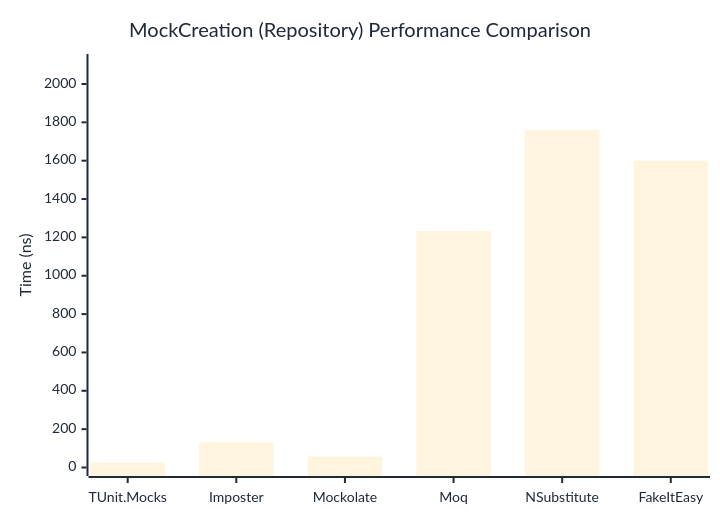
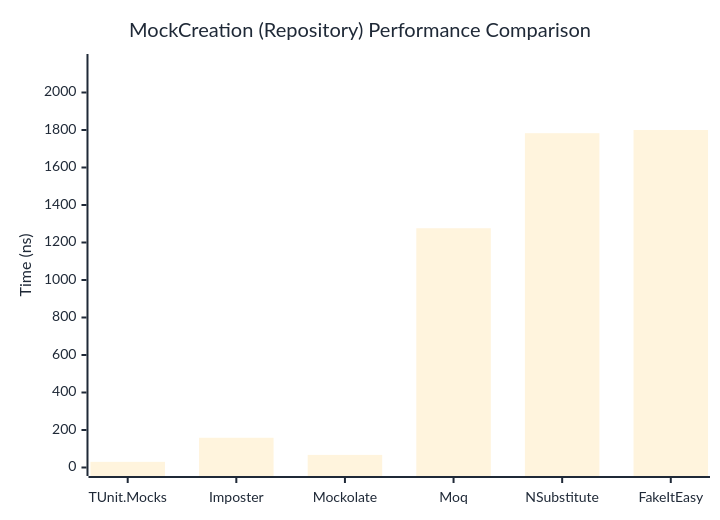
One commit to thomhurst/TUnit changed the second of 2 diagrams in docs/docs/benchmarks/mocks/MockCreation.md. Above: the diagram before and after it, drawn with Mermaid. The commit also changed other lines of this file and 14 other files, not shown here.

````diff
--- a/docs/docs/benchmarks/mocks/MockCreation.md
+++ b/docs/docs/benchmarks/mocks/MockCreation.md
@@ -71,27 +71,27 @@
 ```mermaid
 %%{init: {
   'theme':'base',
   'themeVariables': {
     'primaryColor': '#2563eb',
     'primaryTextColor': '#1f2937',
     'primaryBorderColor': '#1e40af',
     'lineColor': '#6b7280',
     'secondaryColor': '#7c3aed',
     'tertiaryColor': '#dc2626',
     'background': '#ffffff',
     'pie1': '#2563eb',
     'pie2': '#7c3aed',
     'pie3': '#dc2626',
     'pie4': '#f59e0b',
     'pie5': '#10b981',
     'pie6': '#06b6d4',
     'pie7': '#ec4899',
     'pie8': '#6366f1'
   }
 }}%%
 xychart-beta
   title "MockCreation (Repository) Performance Comparison"
   x-axis ["TUnit.Mocks", "Imposter", "Mockolate", "Moq", "NSubstitute", "FakeItEasy"]
-  y-axis "Time (ns)" 0 --> 2112
-  bar [25.5, 131.67, 56.56, 1233.46, 1759.66, 1600.04]
+  y-axis "Time (ns)" 0 --> 2160
+  bar [30.17, 158.55, 67.25, 1276.01, 1783.07, 1800]
 ```
````
